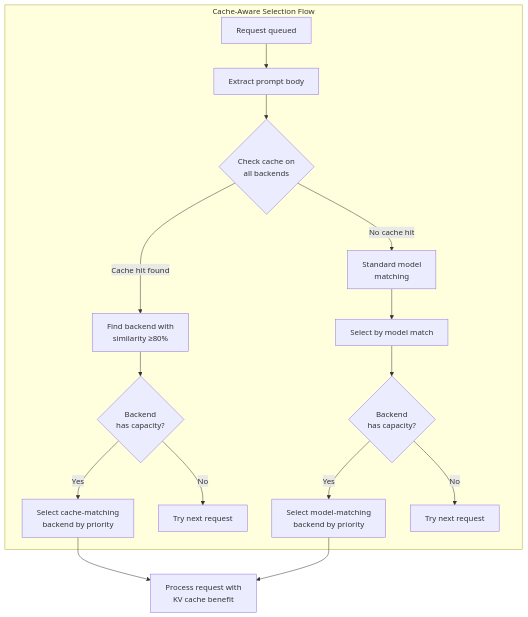
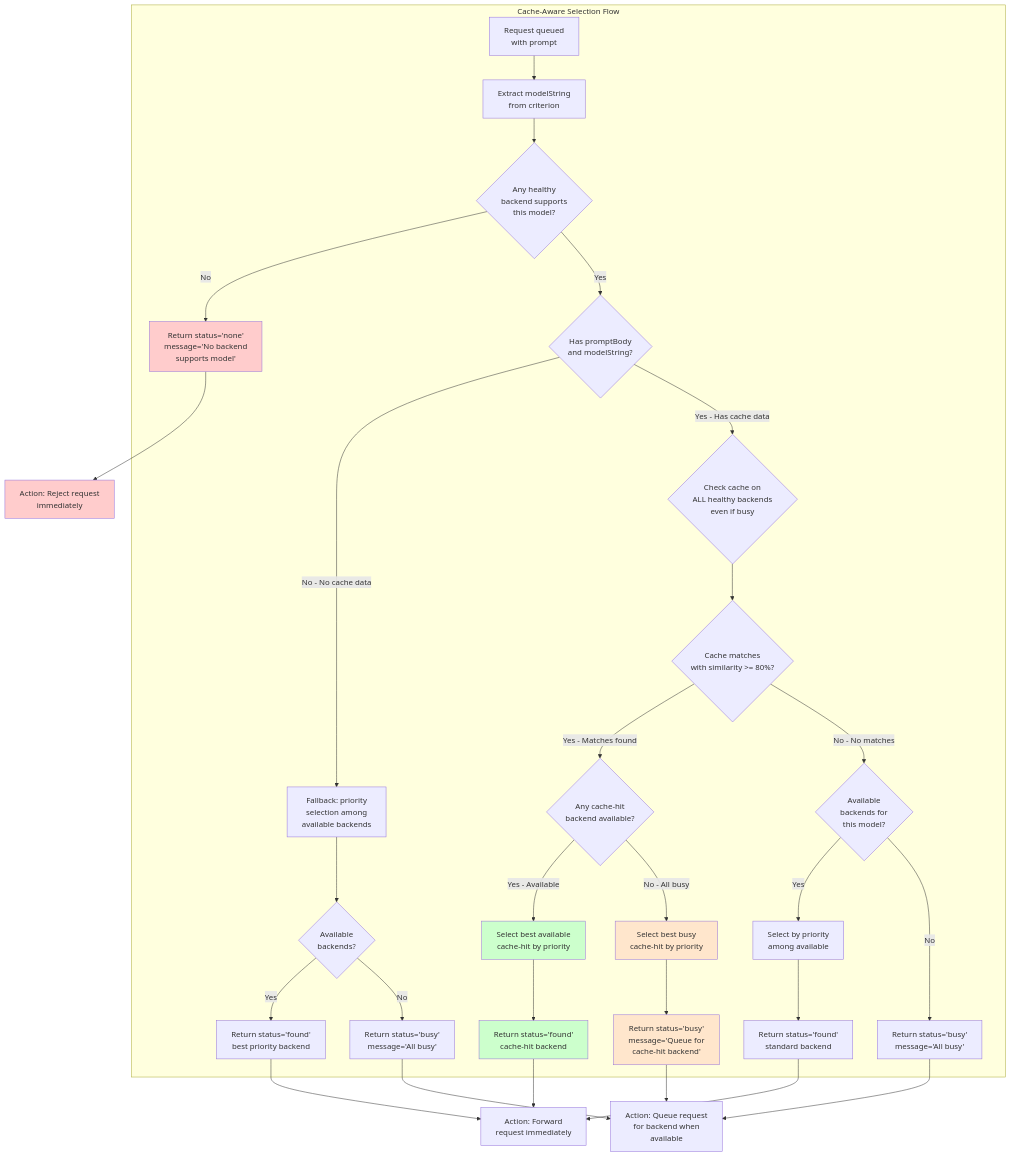
The fourth of 11 diagrams in docs/developer/DATA_FLOW.md (Schafer-List-Systems/llm_balancer), drawn with Mermaid before and after one commit. The commit also changed other lines of this file, not shown here.

Commit message:
docs: update cache-aware selection flow to match actual implementation

````diff
--- a/docs/developer/DATA_FLOW.md
+++ b/docs/developer/DATA_FLOW.md
@@ -350,21 +497,53 @@
 ```mermaid
 flowchart TD
-    subgraph CacheAwareSelection ["Cache-Aware Selection Flow"]
-        Start[Request queued] --> ExtractPrompt[Extract prompt body]
-        ExtractPrompt --> CheckCache{Check cache on<br/>all backends}
+    subgraph CacheAwareSelection["Cache-Aware Selection Flow"]
+        Start[Request queued<br/>with prompt] --> ExtractModel[Extract modelString<br/>from criterion]
 
-        CheckCache -->|Cache hit found| FindCacheMatch[Find backend with<br/>similarity ≥80%]
-        FindCacheMatch --> HasCapacity{Backend<br/>has capacity?}
-        HasCapacity -->|Yes| SelectCache[Select cache-matching<br/>backend by priority]
-        HasCapacity -->|No| TryNext[Try next request]
+        ExtractModel --> CheckModelSupport{Any healthy<br/>backend supports<br/>this model?}
 
-        CheckCache -->|No cache hit| Fallback[Standard model<br/>matching]
-        Fallback --> SelectModel[Select by model match]
-        SelectModel --> HasCapacity2{Backend<br/>has capacity?}
-        HasCapacity2 -->|Yes| SelectModel2[Select model-matching<br/>backend by priority]
-        HasCapacity2 -->|No| TryNext2[Try next request]
+        CheckModelSupport -->|No| ReturnNone[Return status='none'<br/>message='No backend<br/>supports model']
+
+        CheckModelSupport -->|Yes| CheckCacheData{Has promptBody<br/>and modelString?}
+
+        CheckCacheData -->|No - No cache data| FallbackNoCache[Fallback: priority<br/>selection among<br/>available backends]
+        FallbackNoCache --> HasAvailable{Available<br/>backends?}
+        HasAvailable -->|Yes| ReturnFound1[Return status='found'<br/>best priority backend]
+        HasAvailable -->|No| ReturnBusy1[Return status='busy'<br/>message='All busy']
+
+        CheckCacheData -->|Yes - Has cache data| CheckCache{Check cache on<br/>ALL healthy backends<br/>even if busy}
+
+        CheckCache --> CacheMatchesFound{Cache matches<br/>with similarity >= 80%?}
+
+        CacheMatchesFound -->|Yes - Matches found| CheckAvailableHits{Any cache-hit<br/>backend available?}
+
+        CheckAvailableHits -->|Yes - Available| SelectAvailableCache[Select best available<br/>cache-hit by priority]
+        SelectAvailableCache --> ReturnFound2[Return status='found'<br/>cache-hit backend]
+
+        CheckAvailableHits -->|No - All busy| SelectBusyCache[Select best busy<br/>cache-hit by priority]
+        SelectBusyCache --> ReturnBusy2[Return status='busy'<br/>message='Queue for<br/>cache-hit backend']
+
+        CacheMatchesFound -->|No - No matches| CheckAvailableStandard{Available<br/>backends for<br/>this model?}
+
+        CheckAvailableStandard -->|Yes| SelectStandard[Select by priority<br/>among available]
+        SelectStandard --> ReturnFound3[Return status='found'<br/>standard backend]
+
+        CheckAvailableStandard -->|No| ReturnBusy3[Return status='busy'<br/>message='All busy']
     end
 
-    SelectCache --> Process[Process request with<br/>KV cache benefit]
-    SelectModel2 --> Process
+    ReturnFound1 --> ActionFound[Action: Forward<br/>request immediately]
+    ReturnFound2 --> ActionFound
+    ReturnFound3 --> ActionFound
+
+    ReturnBusy1 --> ActionBusy[Action: Queue request<br/>for backend when<br/>available]
+    ReturnBusy2 --> ActionBusy
+    ReturnBusy3 --> ActionBusy
+
+    ReturnNone --> ActionReject[Action: Reject request<br/>immediately]
+
+    style ReturnNone fill:#ffcccc
+    style ActionReject fill:#ffcccc
+    style ReturnFound2 fill:#ccffcc
+    style SelectAvailableCache fill:#ccffcc
+    style ReturnBusy2 fill:#ffe6cc
+    style SelectBusyCache fill:#ffe6cc
 ```
````
